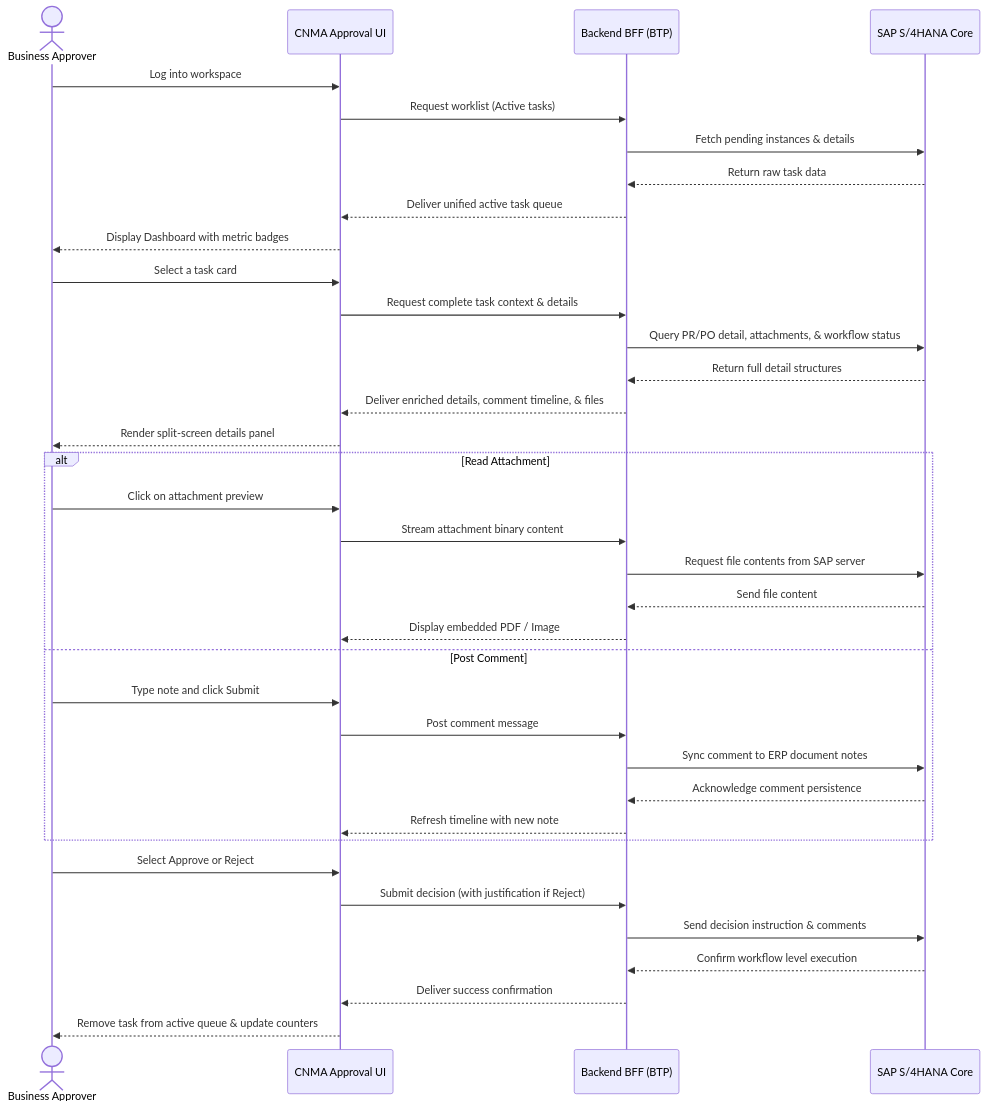
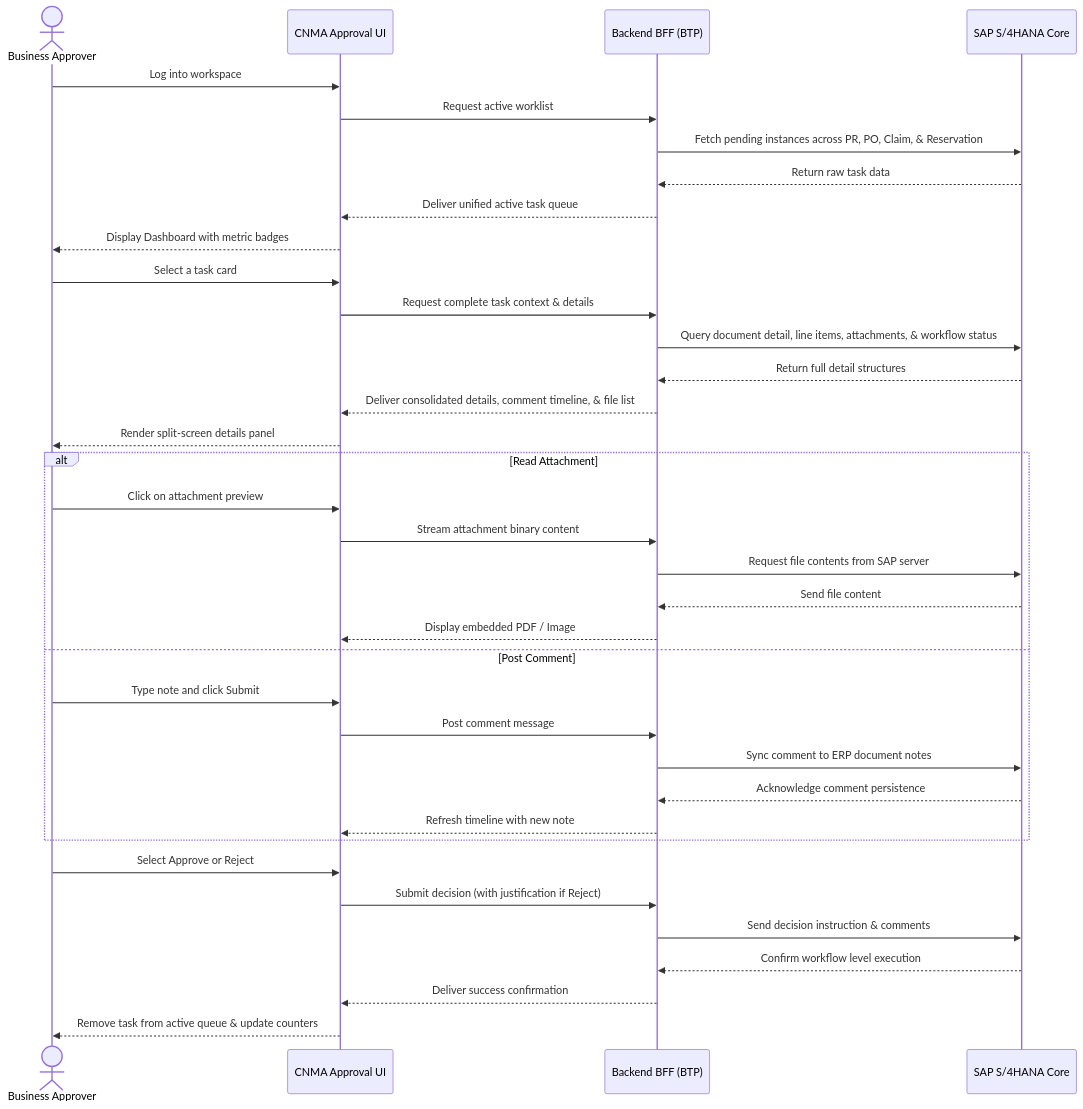
One commit to mindinh/approval-app changed the first of 3 diagrams in docs/business/01-process-flows.md. Above: the diagram before and after it, drawn with Mermaid. The commit also changed other lines of this file and 10 other files, not shown here.

Commit message:
docs(all): update technical architecture, REST API references, and business docs

````diff
--- a/docs/business/01-process-flows.md
+++ b/docs/business/01-process-flows.md
@@ -10,42 +13,42 @@
 ```mermaid
 sequenceDiagram
     actor Approver as Business Approver
     participant Portal as CNMA Approval UI
     participant BFF as Backend BFF (BTP)
     participant ERP as SAP S/4HANA Core
 
     Approver->>Portal: Log into workspace
-    Portal->>BFF: Request worklist (Active tasks)
-    BFF->>ERP: Fetch pending instances & details
+    Portal->>BFF: Request active worklist
+    BFF->>ERP: Fetch pending instances across PR, PO, Claim, & Reservation
     ERP-->>BFF: Return raw task data
     BFF-->>Portal: Deliver unified active task queue
     Portal-->>Approver: Display Dashboard with metric badges
 
     Approver->>Portal: Select a task card
     Portal->>BFF: Request complete task context & details
-    BFF->>ERP: Query PR/PO detail, attachments, & workflow status
+    BFF->>ERP: Query document detail, line items, attachments, & workflow status
     ERP-->>BFF: Return full detail structures
-    BFF-->>Portal: Deliver enriched details, comment timeline, & files
+    BFF-->>Portal: Deliver consolidated details, comment timeline, & file list
     Portal-->>Approver: Render split-screen details panel
 
     alt Read Attachment
         Approver->>Portal: Click on attachment preview
         Portal->>BFF: Stream attachment binary content
         BFF->>ERP: Request file contents from SAP server
         ERP-->>BFF: Send file content
         BFF-->>Portal: Display embedded PDF / Image
     else Post Comment
         Approver->>Portal: Type note and click Submit
         Portal->>BFF: Post comment message
         BFF->>ERP: Sync comment to ERP document notes
         ERP-->>BFF: Acknowledge comment persistence
         BFF-->>Portal: Refresh timeline with new note
     end
 
     Approver->>Portal: Select Approve or Reject
     Portal->>BFF: Submit decision (with justification if Reject)
     BFF->>ERP: Send decision instruction & comments
     ERP-->>BFF: Confirm workflow level execution
     BFF-->>Portal: Deliver success confirmation
     Portal-->>Approver: Remove task from active queue & update counters
 ```
````
